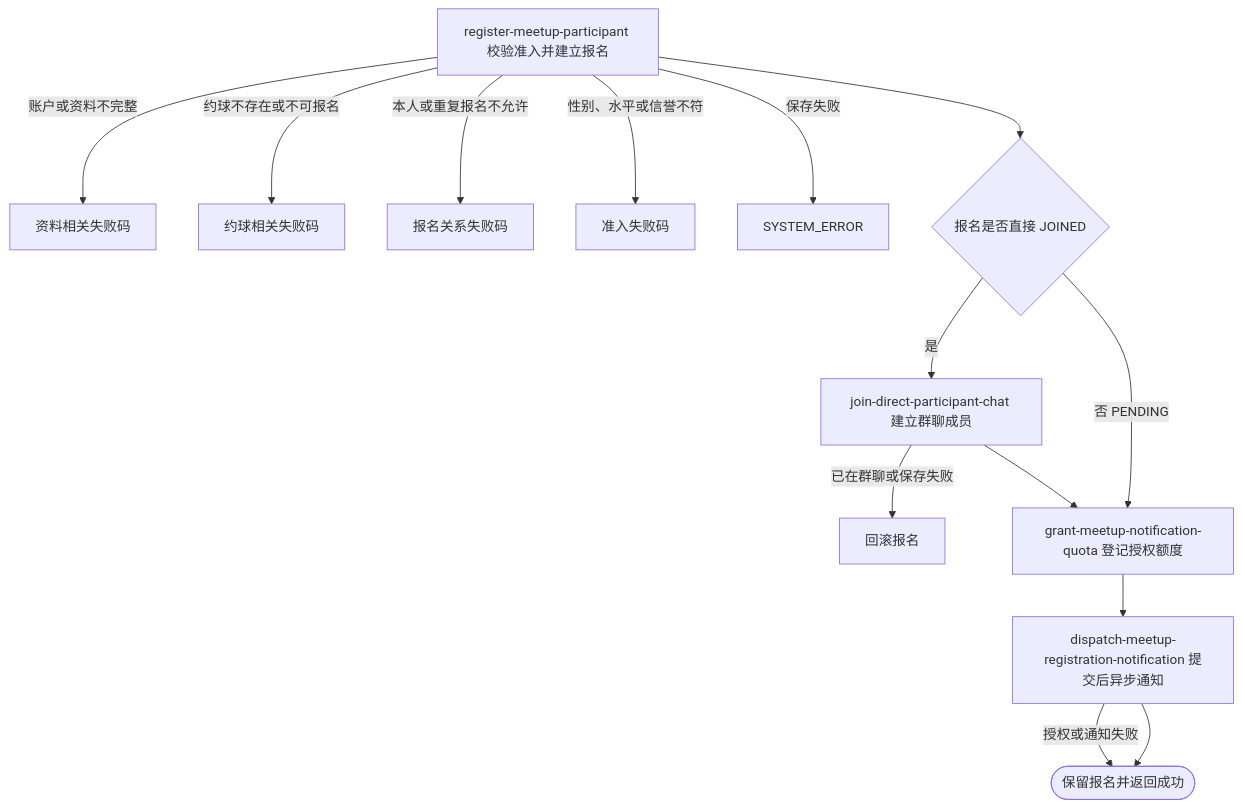
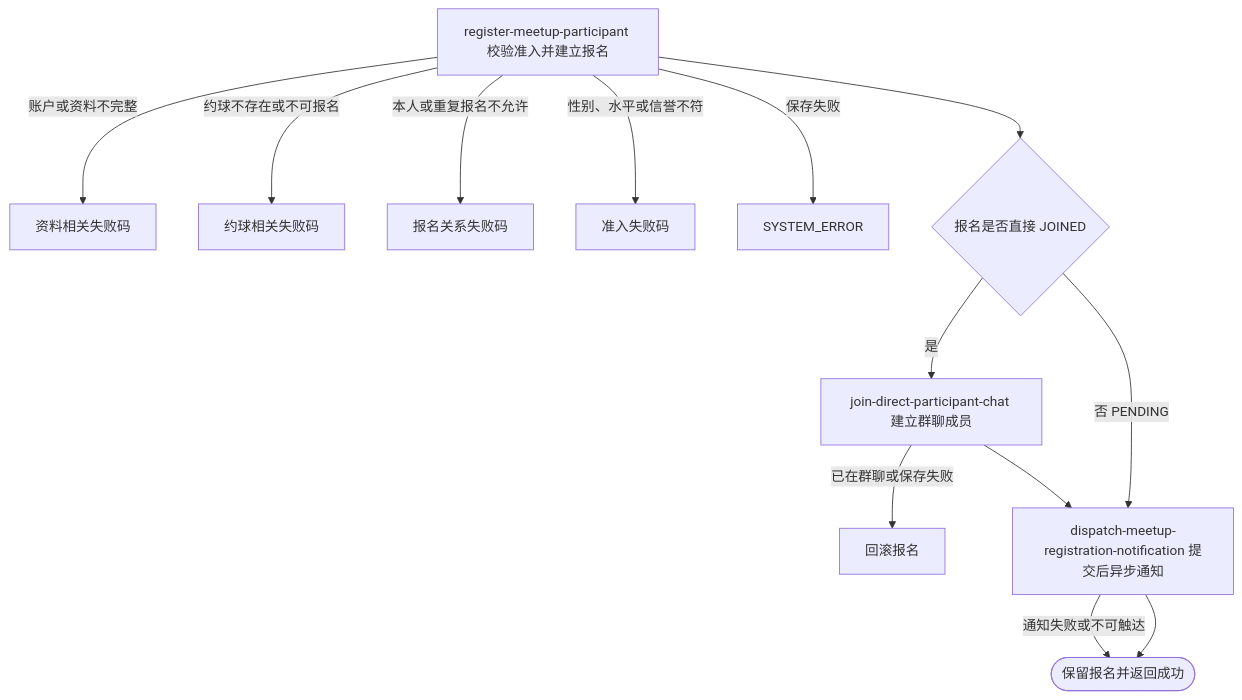
One commit to chxt100016/Rally changed the diagram in blueprint/spec/meetup/meetup-join/join-meetup.md. Above: the diagram before and after it, drawn with Mermaid. The commit also changed other lines of this file and 170 other files, not shown here.

````diff
--- a/blueprint/spec/meetup/meetup-join/join-meetup.md
+++ b/blueprint/spec/meetup/meetup-join/join-meetup.md
@@ -39,16 +37,15 @@
 ```mermaid
 flowchart TD
     A[register-meetup-participant 校验准入并建立报名] -->|账户或资料不完整| E1[资料相关失败码]
     A -->|约球不存在或不可报名| E2[约球相关失败码]
     A -->|本人或重复报名不允许| E3[报名关系失败码]
     A -->|性别、水平或信誉不符| E4[准入失败码]
     A -->|保存失败| E5[SYSTEM_ERROR]
     A --> B{报名是否直接 JOINED}
     B -->|是| C[join-direct-participant-chat 建立群聊成员]
     C -->|已在群聊或保存失败| E6[回滚报名]
-    B -->|否 PENDING| D[grant-meetup-notification-quota 登记授权额度]
-    C --> D
-    D --> E[dispatch-meetup-registration-notification 提交后异步通知]
-    E -->|授权或通知失败| S([保留报名并返回成功])
+    B -->|否 PENDING| E[dispatch-meetup-registration-notification 提交后异步通知]
+    C --> E
+    E -->|通知失败或不可触达| S([保留报名并返回成功])
     E --> S
 ```
````
